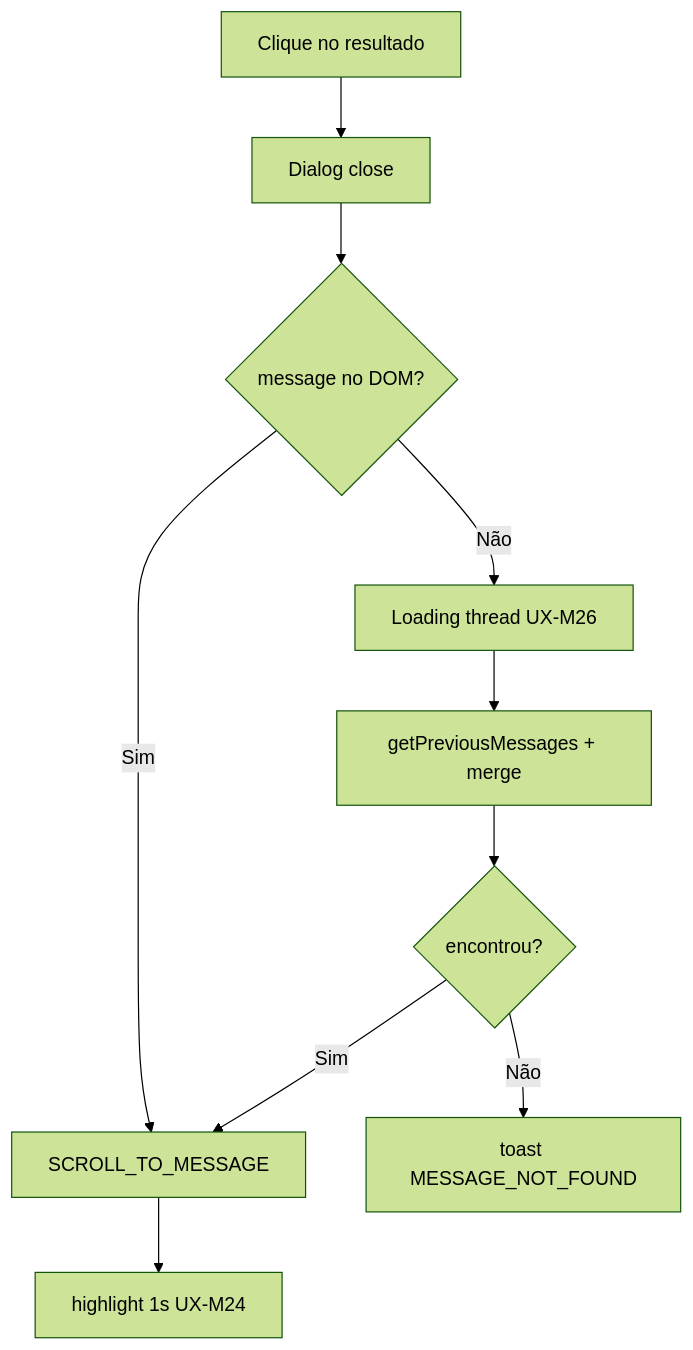
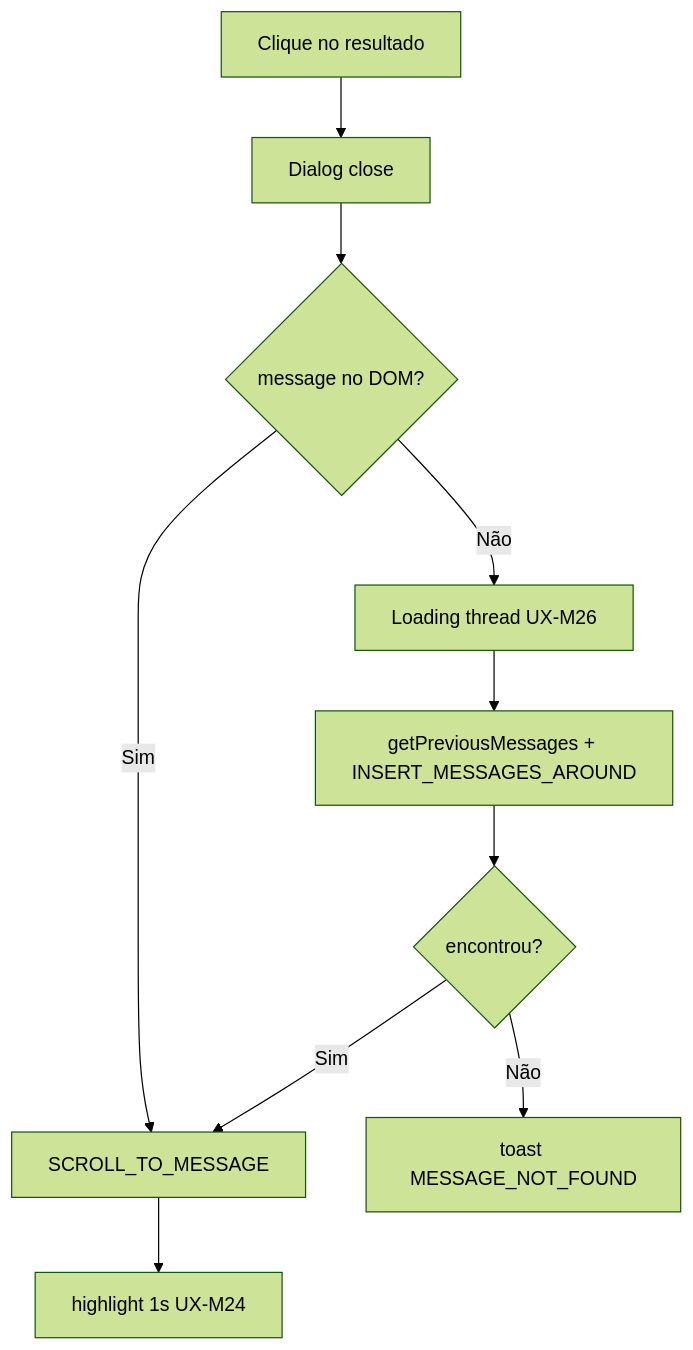
Before and after one commit to cesar-carlos/chatwoot: the diagram in doc/feature/conversation-message-search/improvements-backlog.md, drawn with Mermaid (forest theme). The commit also changed other lines of this file and 25 other files, not shown here.

````diff
--- a/doc/feature/conversation-message-search/improvements-backlog.md
+++ b/doc/feature/conversation-message-search/improvements-backlog.md
@@ -109,12 +142,12 @@
 ```mermaid
 flowchart TD
   A[Clique no resultado] --> B[Dialog close]
   B --> C{message no DOM?}
   C -->|Sim| D[SCROLL_TO_MESSAGE]
   C -->|Não| E[Loading thread UX-M26]
-  E --> F[getPreviousMessages + merge]
+  E --> F[getPreviousMessages + INSERT_MESSAGES_AROUND]
   F --> G{encontrou?}
   G -->|Sim| D
   G -->|Não| H[toast MESSAGE_NOT_FOUND]
   D --> I[highlight 1s UX-M24]
 ```
````
